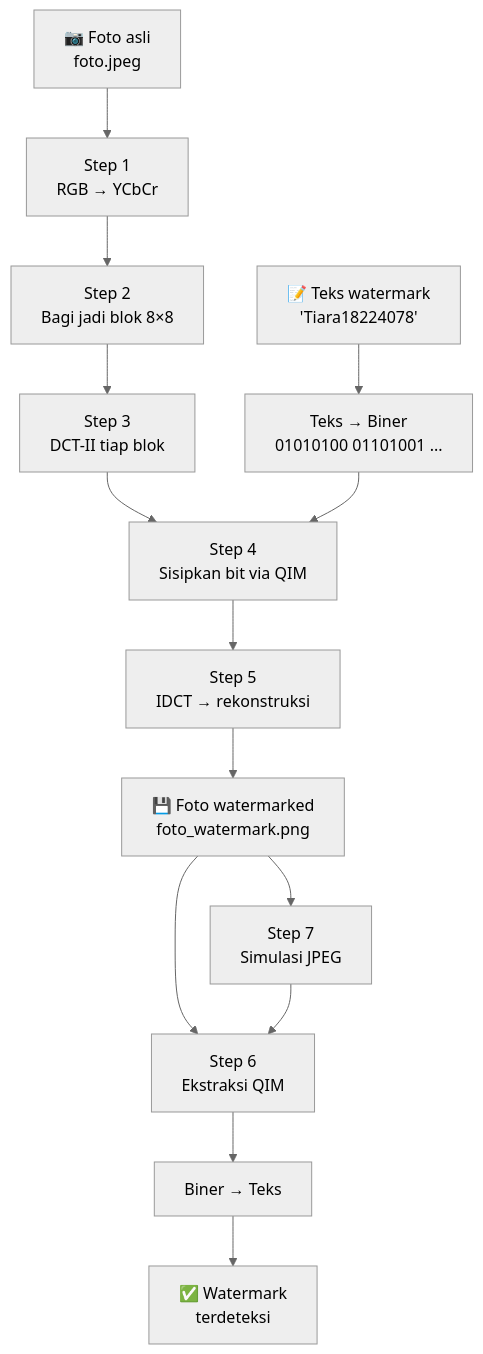
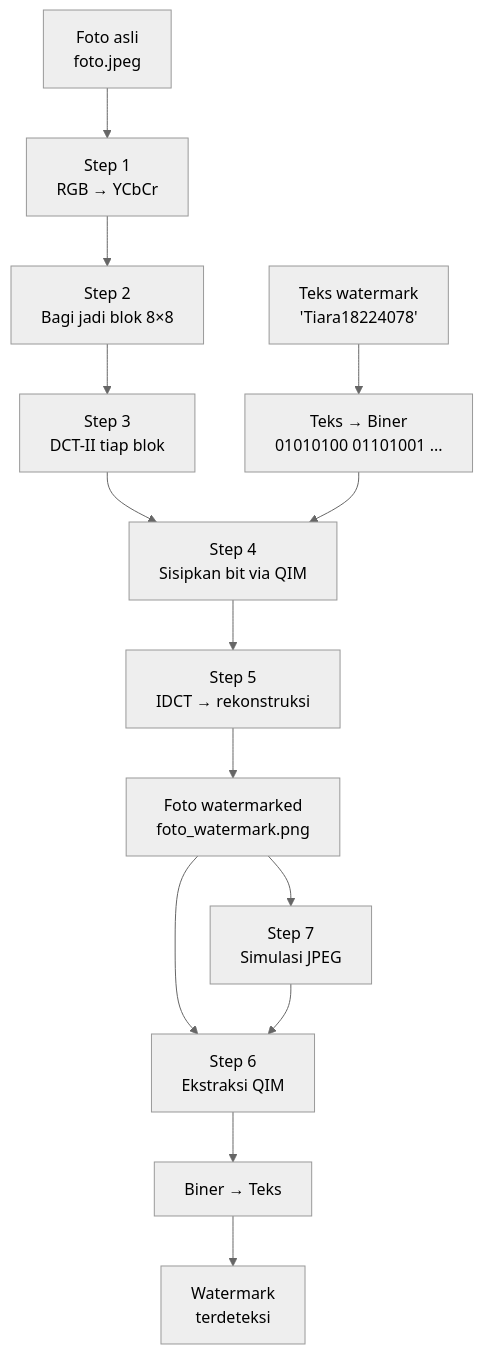
The diagram in README.md (tiaracli/watermarking), drawn with Mermaid (neutral theme) before and after one commit. The commit also changed other lines of this file and 8 other files, not shown here.

````diff
--- a/README.md
+++ b/README.md
@@ -61,19 +41,19 @@
 ```mermaid
 flowchart TD
-    A["📷 Foto asli\nfoto.jpeg"] --> B["Step 1\nRGB → YCbCr"]
+    A["Foto asli\nfoto.jpeg"] --> B["Step 1\nRGB → YCbCr"]
     B --> C["Step 2\nBagi jadi blok 8×8"]
     C --> D["Step 3\nDCT-II tiap blok"]
     D --> E["Step 4\nSisipkan bit via QIM"]
     E --> F["Step 5\nIDCT → rekonstruksi"]
-    F --> G["💾 Foto watermarked\nfoto_watermark.png"]
+    F --> G["Foto watermarked\nfoto_watermark.png"]
 
-    T["📝 Teks watermark\n'Tiara18224078'"] --> TB["Teks → Biner\n01010100 01101001 ..."]
+    T["Teks watermark\n'Tiara18224078'"] --> TB["Teks → Biner\n01010100 01101001 ..."]
     TB --> E
 
     G --> H["Step 6\nEkstraksi QIM"]
     H --> I["Biner → Teks"]
-    I --> J["✅ Watermark\nterdeteksi"]
+    I --> J["Watermark\nterdeteksi"]
 
     G --> K["Step 7\nSimulasi JPEG"]
     K --> H
 ```
````
